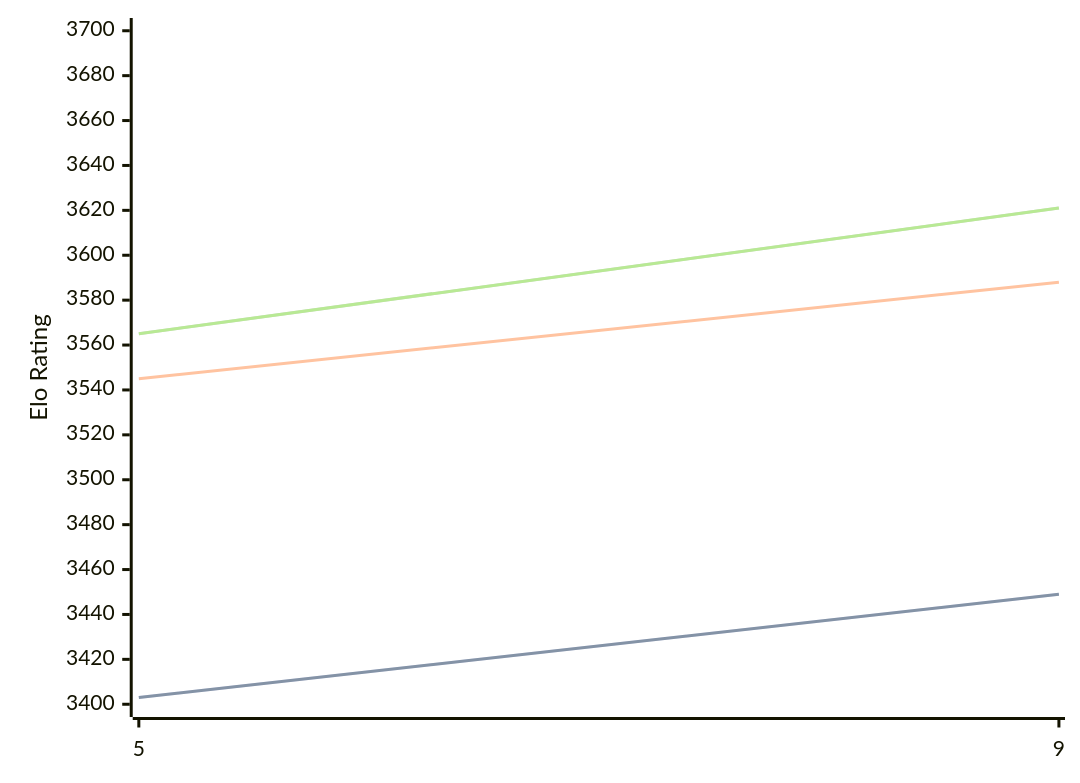
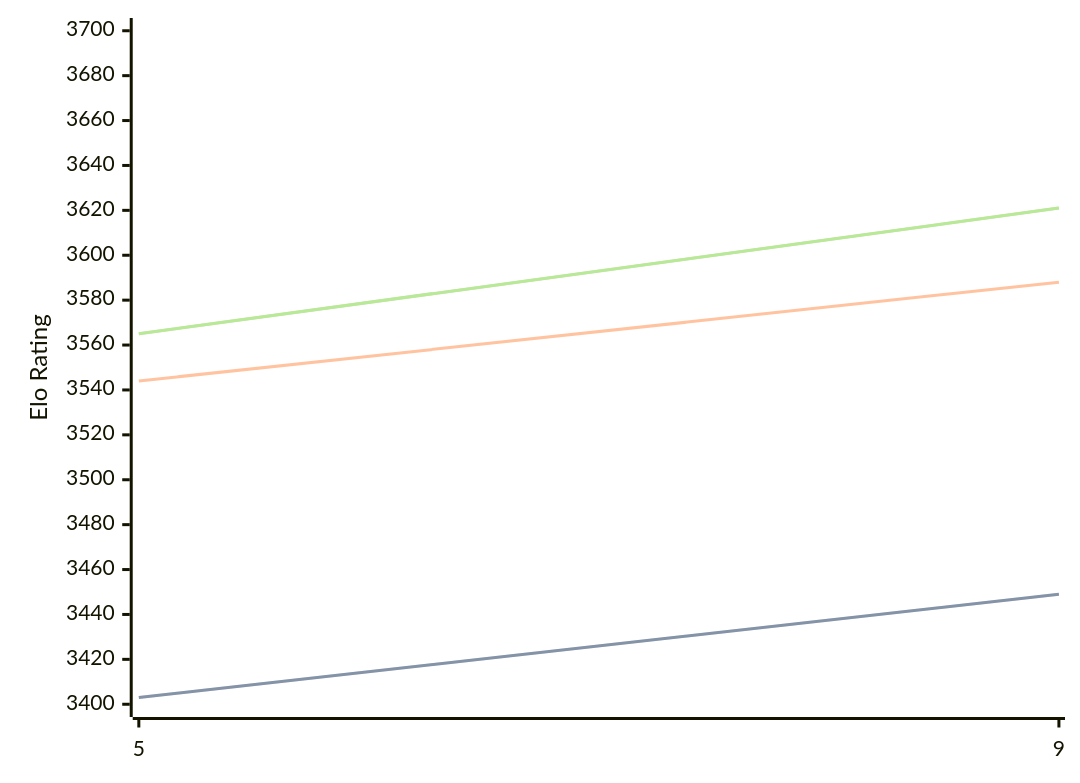
Before and after one commit to computer-chess-index/cci: the diagram in engines/Crystal.md, drawn with Mermaid. The commit also changed other lines of this file, not shown here.

````diff
--- a/engines/Crystal.md
+++ b/engines/Crystal.md
@@ -58,11 +60,11 @@
 ```mermaid
 %%{init: {"theme":"base","themeVariables":{"seriesColors:['#a3a3a3','#222221','#faa371']}}}%%
 xychart-beta
   x-axis ["5", "9"]
   y-axis "Elo Rating" 3400 --> 3700
   line "STC (8.0+0.08s)" [3403, 3449]
   line "STC (8.0+0.08s)" [3403, 3449]
-  line "LTC (60.0+0.60s)" [3545, 3588]
+  line "LTC (60.0+0.60s)" [3544, 3588]
   line "VLTC (2m24s+1.12s)" [3565, 3621]
   line "VLTC (2m24s+1.12s)" [3565, 3621]
 ```
````
